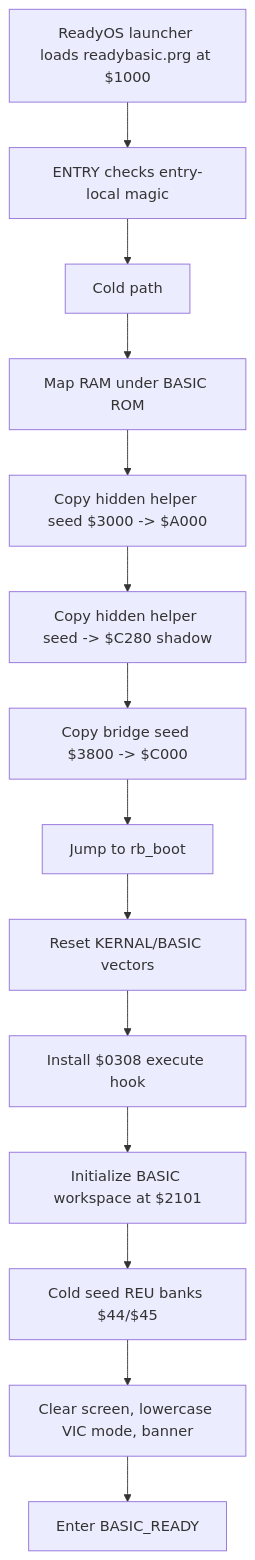
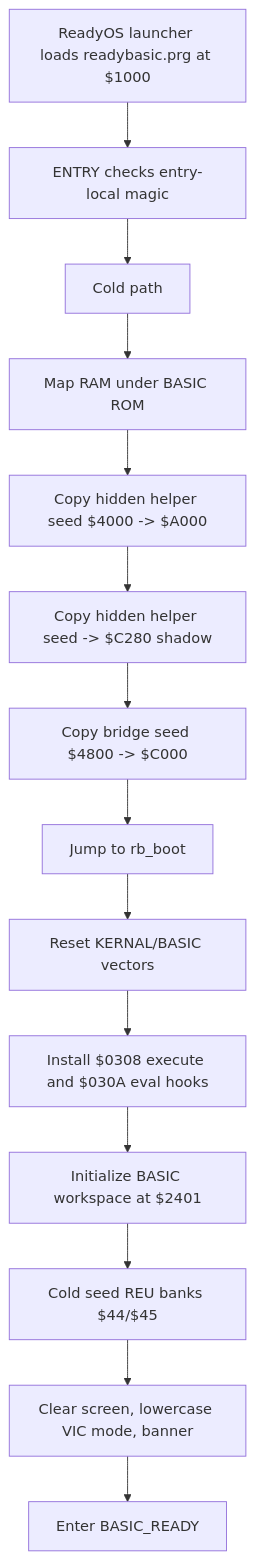
One commit to 123Onetwothree123/6502 changed the fourth of 8 diagrams in src/apps/readybasic/READYBASIC_LIFECYCLE_AND_REU_ARCHITECTURE.md. Above: the diagram before and after it, drawn with Mermaid. The commit also changed other lines of this file and 14 other files, not shown here.

````diff
--- a/src/apps/readybasic/READYBASIC_LIFECYCLE_AND_REU_ARCHITECTURE.md
+++ b/src/apps/readybasic/READYBASIC_LIFECYCLE_AND_REU_ARCHITECTURE.md
@@ -302,19 +304,19 @@
 ```mermaid
 flowchart TD
   L["ReadyOS launcher loads readybasic.prg at $1000"]
   E["ENTRY checks entry-local magic"]
   C["Cold path"]
   H1["Map RAM under BASIC ROM"]
-  H2["Copy hidden helper seed $3000 -> $A000"]
+  H2["Copy hidden helper seed $4000 -> $A000"]
   H3["Copy hidden helper seed -> $C280 shadow"]
-  B1["Copy bridge seed $3800 -> $C000"]
+  B1["Copy bridge seed $4800 -> $C000"]
   RB["Jump to rb_boot"]
   V["Reset KERNAL/BASIC vectors"]
-  I["Install $0308 execute hook"]
-  W["Initialize BASIC workspace at $2101"]
+  I["Install $0308 execute and $030A eval hooks"]
+  W["Initialize BASIC workspace at $2401"]
   S["Cold seed REU banks $44/$45"]
   P["Clear screen, lowercase VIC mode, banner"]
   R["Enter BASIC_READY"]
 
   L --> E --> C --> H1 --> H2 --> H3 --> B1 --> RB --> V --> I --> W --> S --> P --> R
 ```
````
